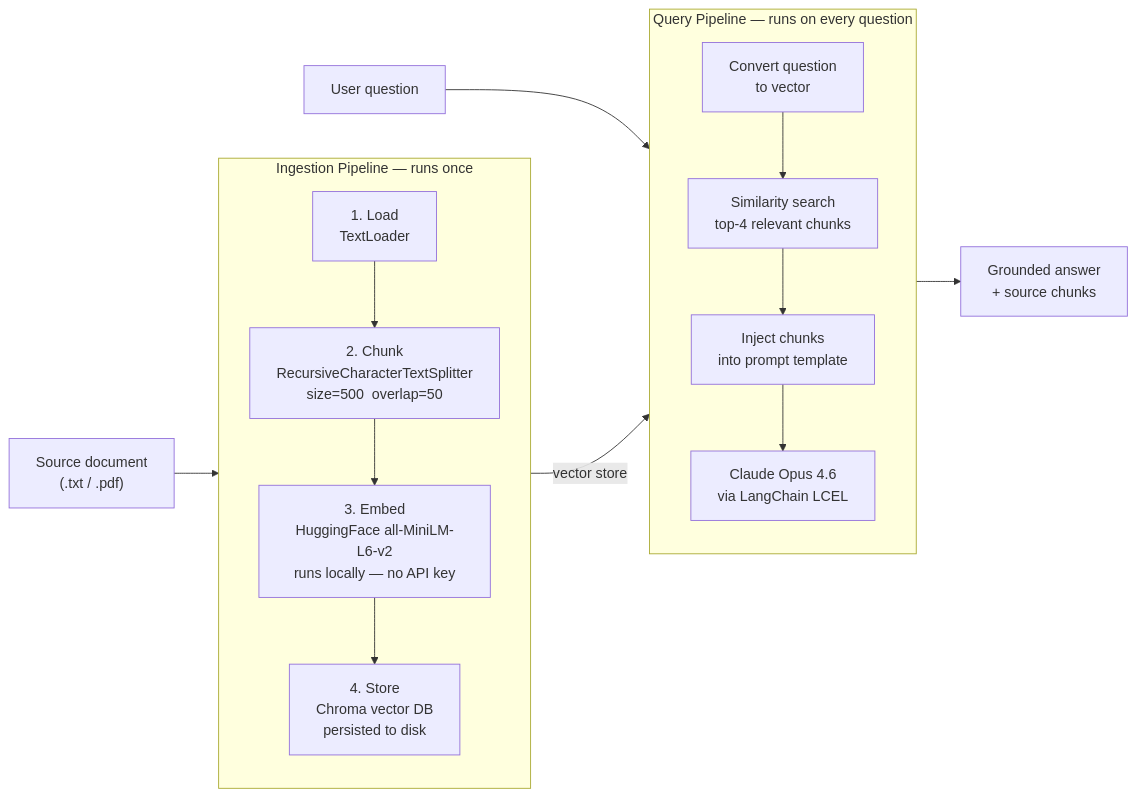
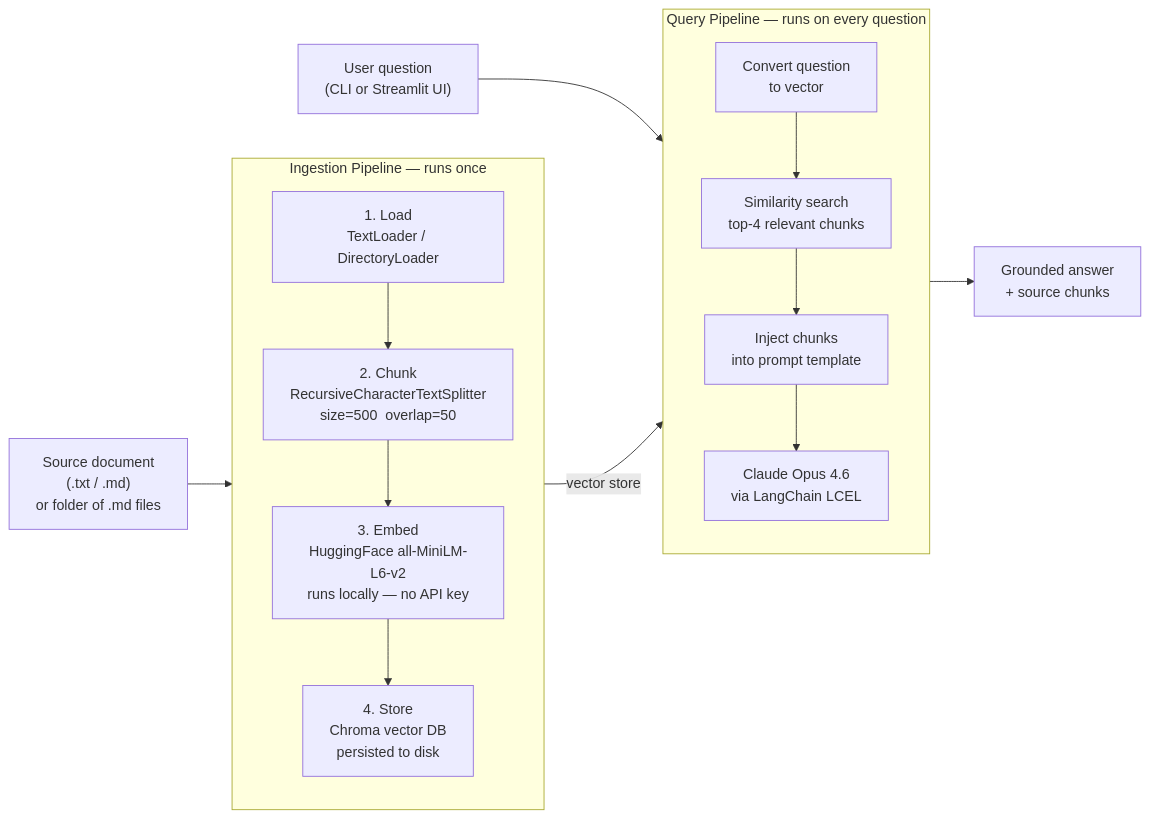
One commit to ohderek/ai-engineering-portfolio changed the diagram in support-rag-bot/README.md. Above: the diagram before and after it, drawn with Mermaid. The commit also changed other lines of this file and 14 other files, not shown here.

First line of the commit message:
Add salary-estimator and extend support-rag-bot with Streamlit UI and folder ingestion

````diff
--- a/support-rag-bot/README.md
+++ b/support-rag-bot/README.md
@@ -14,23 +14,23 @@
 ```mermaid
 flowchart LR
-    A["Source document\n(.txt / .pdf)"] --> B
+    A["Source document\n(.txt / .md)\nor folder of .md files"] --> B
 
     subgraph B["Ingestion Pipeline — runs once"]
         direction TB
-        B1["1. Load\nTextLoader"] --> B2["2. Chunk\nRecursiveCharacterTextSplitter\nsize=500  overlap=50"]
+        B1["1. Load\nTextLoader / DirectoryLoader"] --> B2["2. Chunk\nRecursiveCharacterTextSplitter\nsize=500  overlap=50"]
         B2 --> B3["3. Embed\nHuggingFace all-MiniLM-L6-v2\nruns locally — no API key"]
         B3 --> B4["4. Store\nChroma vector DB\npersisted to disk"]
     end
 
-    E["User question"] --> F
+    E["User question\n(CLI or Streamlit UI)"] --> F
 
     subgraph F["Query Pipeline — runs on every question"]
         direction TB
         F1["Convert question\nto vector"] --> F2["Similarity search\ntop-4 relevant chunks"]
         F2 --> F3["Inject chunks\ninto prompt template"]
         F3 --> F4["Claude Opus 4.6\nvia LangChain LCEL"]
     end
 
     B4 -->|"vector store"| F1
     F4 --> G["Grounded answer\n+ source chunks"]
 ```
````
